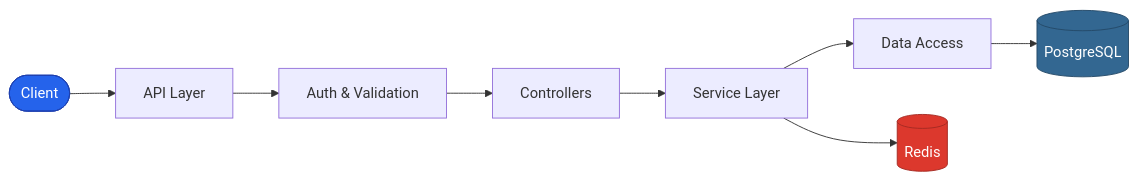
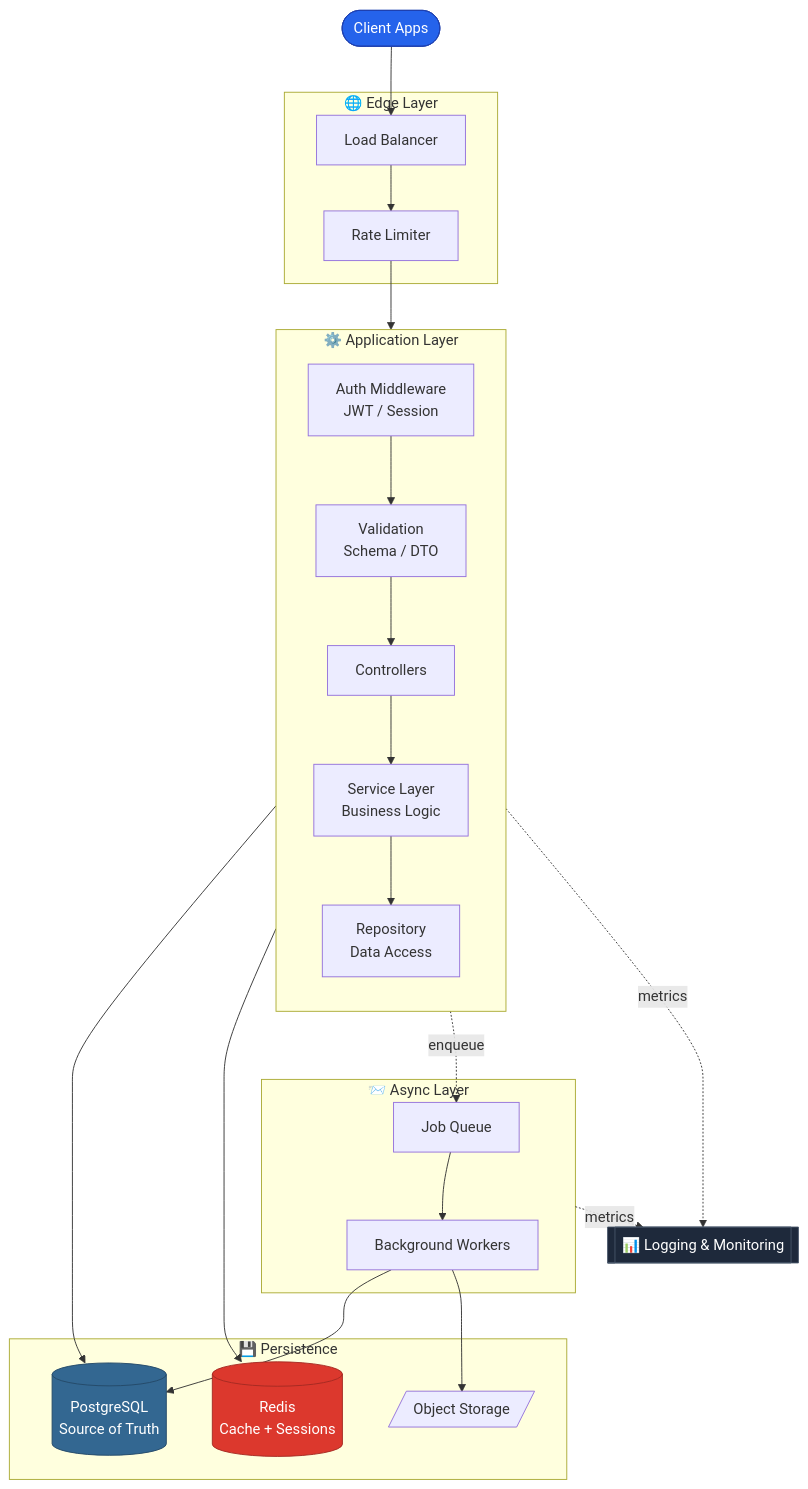
Before and after one commit to kawsar-codes/kawsar-codes: the diagram in README.md, drawn with Mermaid. The commit also changed other lines of this file, not shown here.

Commit message:
Revise README with backend systems flowchart
Updated the README to include a new section on backend systems with a flowchart and removed the previous tools and technologies section.

````diff
--- a/README.md
+++ b/README.md
@@ -75,16 +72,48 @@
 ```mermaid
-flowchart LR
-    Client([Client]) --> Gateway[API Layer]
+flowchart TB
+    Client([Client Apps])
 
-    Gateway --> Auth[Auth & Validation]
-    Auth --> Controller[Controllers]
-    Controller --> Service[Service Layer]
-    Service --> Repo[Data Access]
+    subgraph Edge["🌐 Edge Layer"]
+        LB[Load Balancer]
+        RL[Rate Limiter]
+    end
 
-    Repo --> DB[(PostgreSQL)]
-    Service --> Cache[(Redis)]
+    subgraph App["⚙️ Application Layer"]
+        direction TB
+        Auth[Auth Middleware<br/>JWT / Session]
+        Valid[Validation<br/>Schema / DTO]
+        Ctrl[Controllers]
+        Svc[Service Layer<br/>Business Logic]
+        Repo[Repository<br/>Data Access]
+    end
+
+    subgraph Async["📨 Async Layer"]
+        Queue[Job Queue]
+        Worker[Background Workers]
+    end
+
+    subgraph Data["💾 Persistence"]
+        DB[(PostgreSQL<br/>Source of Truth)]
+        Cache[(Redis<br/>Cache + Sessions)]
+        Store[/Object Storage/]
+    end
+
+    Obs[[📊 Logging & Monitoring]]
+
+    Client --> LB --> RL --> Auth
+    Auth --> Valid --> Ctrl --> Svc
+    Svc --> Repo --> DB
+    Svc --> Cache
+    Svc -.enqueue.-> Queue
+    Queue --> Worker
+    Worker --> DB
+    Worker --> Store
+
+    App -.metrics.-> Obs
+    Async -.metrics.-> Obs
 
     style Client fill:#2563EB,stroke:#1e40af,color:#fff
     style DB fill:#336791,stroke:#254a68,color:#fff
     style Cache fill:#DC382D,stroke:#a42a22,color:#fff
+    style Obs fill:#1e293b,stroke:#475569,color:#fff
 ```
````
